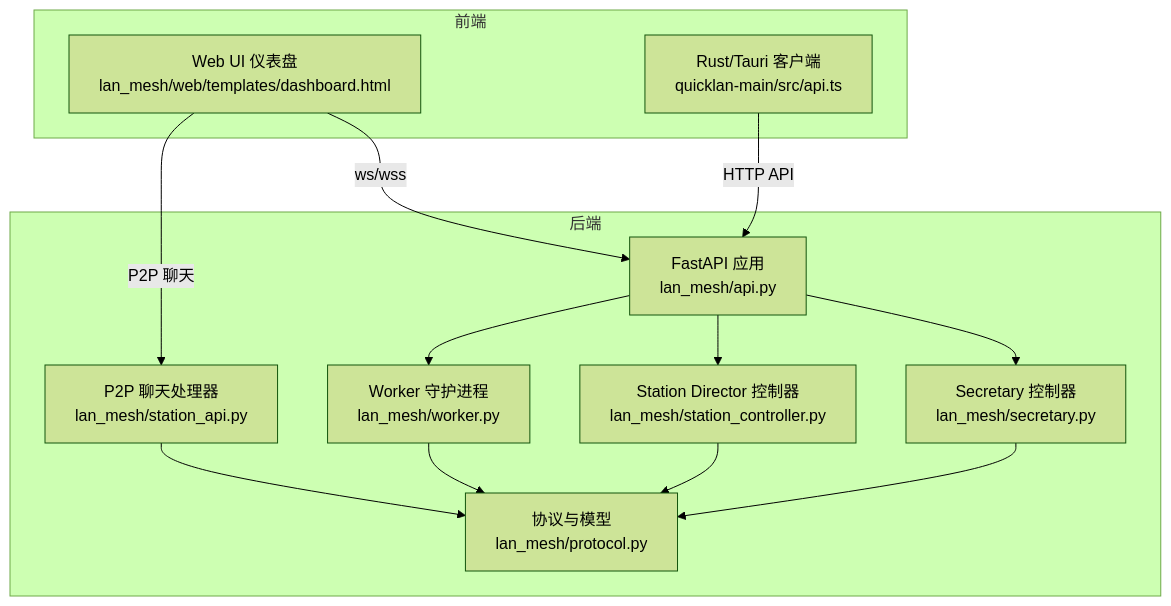
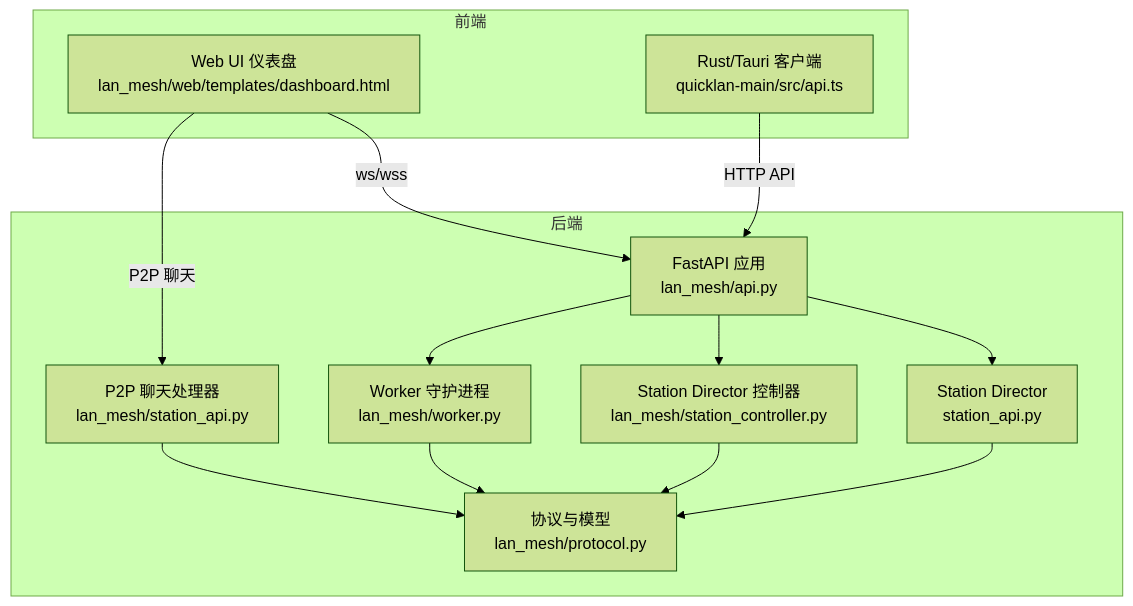
One commit to targalian/Personal-distributed-workstation changed the first of 4 diagrams in .qoder/repowiki/zh/content/WebSocket 实时通信.md. Above: the diagram before and after it, drawn with Mermaid (forest theme). The commit also changed other lines of this file and 63 other files, not shown here.

Commit message:
docs(station): 同步 repo wiki 至 station_controller/station_api 架构

````diff
--- a/.qoder/repowiki/zh/content/WebSocket 实时通信.md
+++ b/.qoder/repowiki/zh/content/WebSocket 实时通信.md
@@ -51,25 +51,25 @@
 ```mermaid
 graph TB
 subgraph "后端"
 A["FastAPI 应用<br/>lan_mesh/api.py"]
-B["Secretary 控制器<br/>lan_mesh/secretary.py"]
+B["Station Director<br/>station_api.py"]
 C["Station Director 控制器<br/>lan_mesh/station_controller.py"]
 D["Worker 守护进程<br/>lan_mesh/worker.py"]
 E["协议与模型<br/>lan_mesh/protocol.py"]
 F["P2P 聊天处理器<br/>lan_mesh/station_api.py"]
 end
 subgraph "前端"
 G["Web UI 仪表盘<br/>lan_mesh/web/templates/dashboard.html"]
 H["Rust/Tauri 客户端<br/>quicklan-main/src/api.ts"]
 end
 A --> B
 A --> C
 A --> D
 B --> E
 C --> E
 D --> E
 F --> E
 G --> |"ws/wss"| A
 G --> |"P2P 聊天"| F
 H --> |"HTTP API"| A
 ```
````
